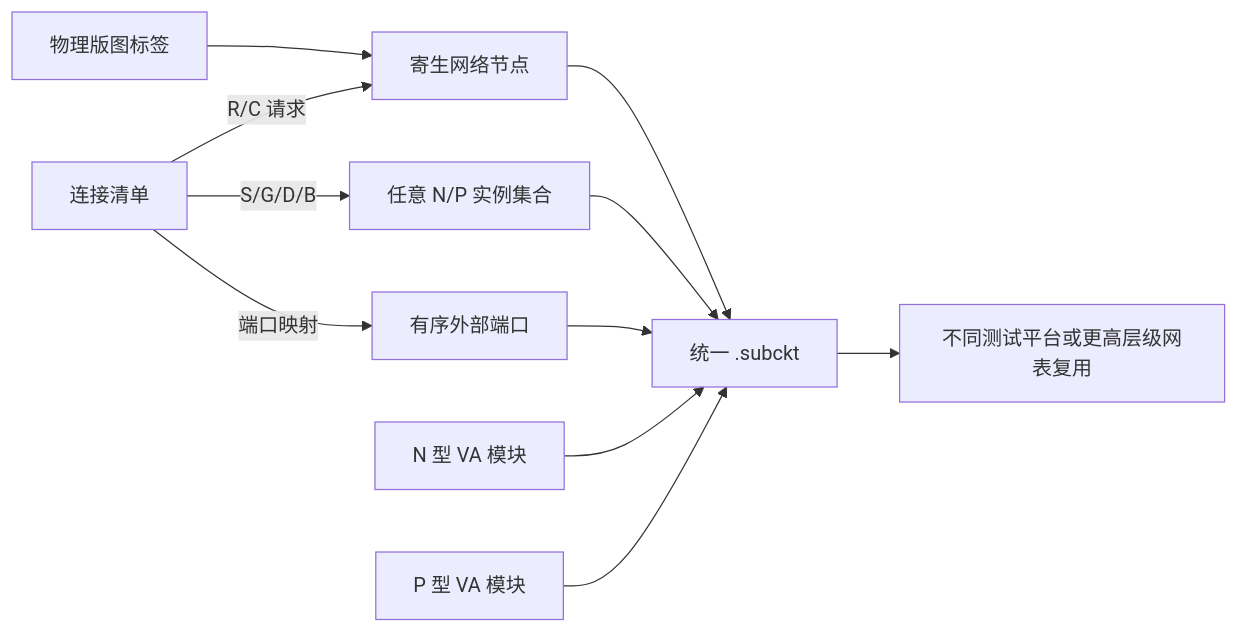
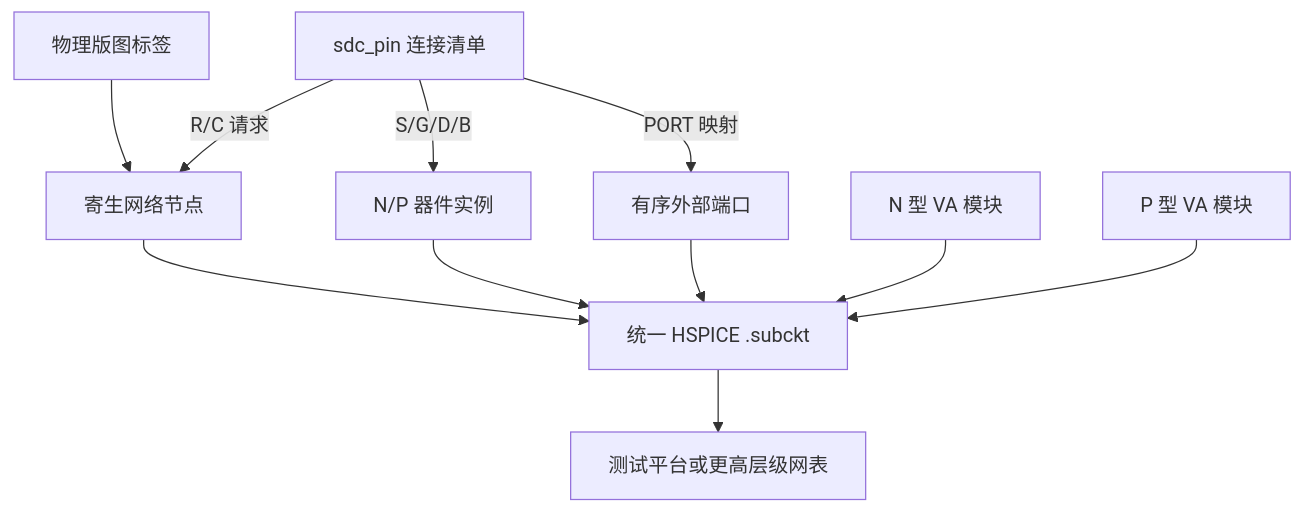
Before and after one commit to Tengfei2002/AutoLDM: the third of 5 diagrams in readme.md, drawn with Mermaid. The commit also changed other lines of this file and 2 other files, not shown here.

````diff
--- a/readme.md
+++ b/readme.md
@@ -141,13 +119,13 @@
 ```mermaid
-flowchart LR
-    PHY[物理版图标签] --> RC[寄生网络节点]
-    MAN[连接清单] -->|R/C 请求| RC
-    MAN -->|S/G/D/B| DEV[任意 N/P 实例集合]
-    MAN -->|端口映射| PORT[有序外部端口]
-    RC --> SUB[统一 .subckt]
+flowchart TD
+    PHY["物理版图标签"] --> RC["寄生网络节点"]
+    MAN["sdc_pin 连接清单"] -->|R/C 请求| RC
+    MAN -->|S/G/D/B| DEV["N/P 器件实例"]
+    MAN -->|PORT 映射| PORT["有序外部端口"]
+    RC --> SUB["统一 HSPICE .subckt"]
     DEV --> SUB
     PORT --> SUB
-    NVA[N 型 VA 模块] --> SUB
-    PVA[P 型 VA 模块] --> SUB
-    SUB --> USE[不同测试平台或更高层级网表复用]
+    NVA["N 型 VA 模块"] --> SUB
+    PVA["P 型 VA 模块"] --> SUB
+    SUB --> USE["测试平台或更高层级网表"]
 ```
````
